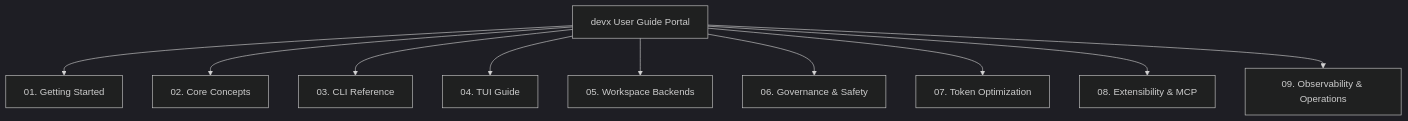
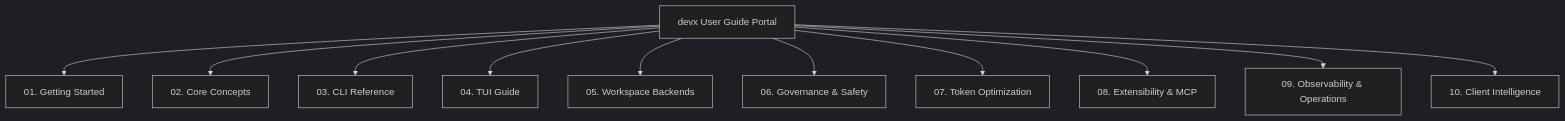
One commit to cosq-network/devx changed the diagram in docs/user-guide.md. Above: the diagram before and after it, drawn with Mermaid (dark theme). The commit also changed other lines of this file and 8 other files, not shown here.

First line of the commit message:
docs: update user guide, cli reference, and architecture docs for client intelligence

````diff
--- a/docs/user-guide.md
+++ b/docs/user-guide.md
@@ -13,14 +13,15 @@
 ```mermaid
 graph TD
     PORTAL[devx User Guide Portal]
     
     PORTAL --> CH1["01. Getting Started"]
     PORTAL --> CH2["02. Core Concepts"]
     PORTAL --> CH3["03. CLI Reference"]
     PORTAL --> CH4["04. TUI Guide"]
     PORTAL --> CH5["05. Workspace Backends"]
     PORTAL --> CH6["06. Governance & Safety"]
     PORTAL --> CH7["07. Token Optimization"]
     PORTAL --> CH8["08. Extensibility & MCP"]
     PORTAL --> CH9["09. Observability & Operations"]
+    PORTAL --> CH10["10. Client Intelligence"]
 ```
````
